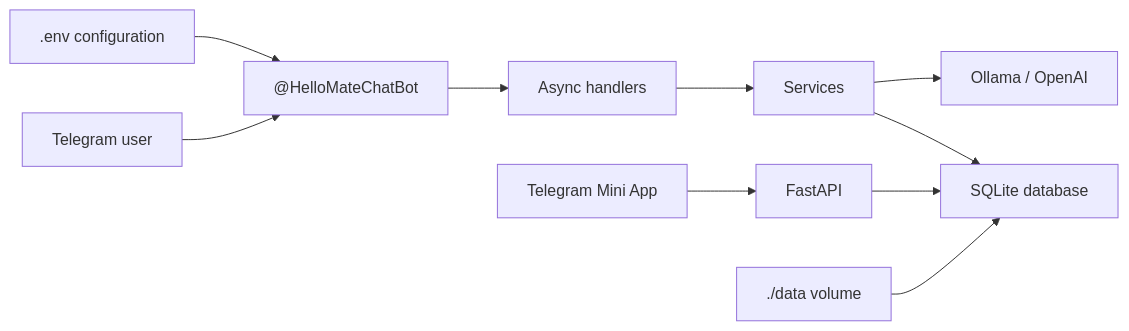
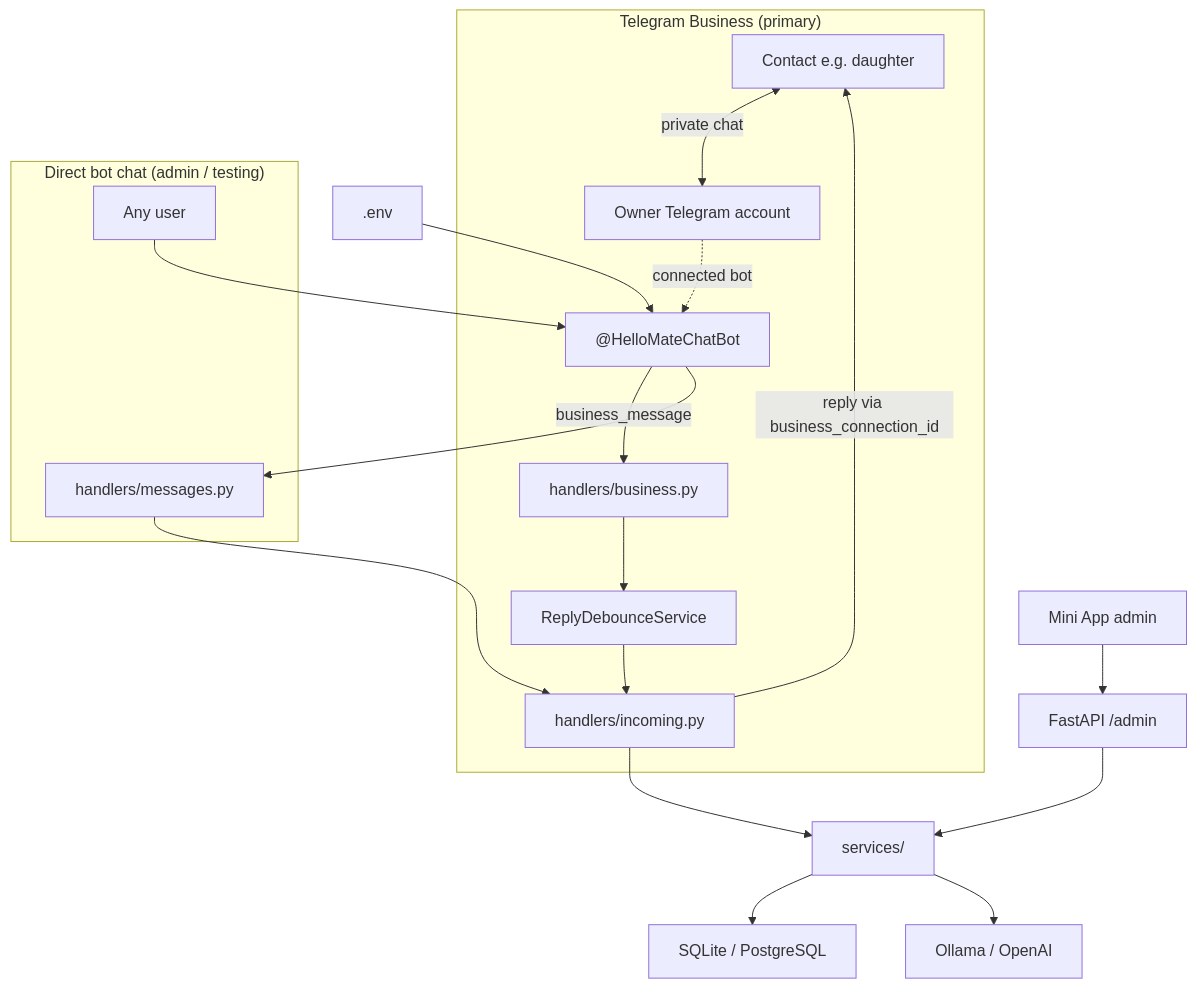
Before and after one commit to scroodge/HelloMateChatBot: the diagram in README.md, drawn with Mermaid. The commit also changed other lines of this file and 73 other files, not shown here.

First line of the commit message:
feat: PostgreSQL-ready persistence, admin Mini App, Business suggest mode

````diff
--- a/README.md
+++ b/README.md
@@ -36,12 +48,24 @@
 ```mermaid
-flowchart LR
-    User["Telegram user"] --> Bot["@HelloMateChatBot"]
-    Bot --> Handlers["Async handlers"]
-    Handlers --> Services["Services"]
-    Services --> SQLite["SQLite database"]
+flowchart TB
+    subgraph business ["Telegram Business (primary)"]
+        Contact["Contact e.g. daughter"] <-->|private chat| Owner["Owner Telegram account"]
+        Owner -.->|connected bot| Bot["@HelloMateChatBot"]
+        Bot -->|business_message| BizHandler["handlers/business.py"]
+        BizHandler --> Debounce["ReplyDebounceService"]
+        Debounce --> Pipeline["handlers/incoming.py"]
+        Pipeline -->|reply via business_connection_id| Contact
+    end
+
+    subgraph direct ["Direct bot chat (admin / testing)"]
+        User["Any user"] --> Bot
+        Bot --> MsgHandler["handlers/messages.py"]
+        MsgHandler --> Pipeline
+    end
+
+    Pipeline --> Services["services/"]
+    Services --> DB["SQLite / PostgreSQL"]
     Services --> LLM["Ollama / OpenAI"]
-    MiniApp["Telegram Mini App"] --> API["FastAPI"]
-    API --> SQLite
-    Config[".env configuration"] --> Bot
-    Data["./data volume"] --> SQLite
+    MiniApp["Mini App admin"] --> API["FastAPI /admin"]
+    API --> Services
+    Config[".env"] --> Bot
 ```
````
